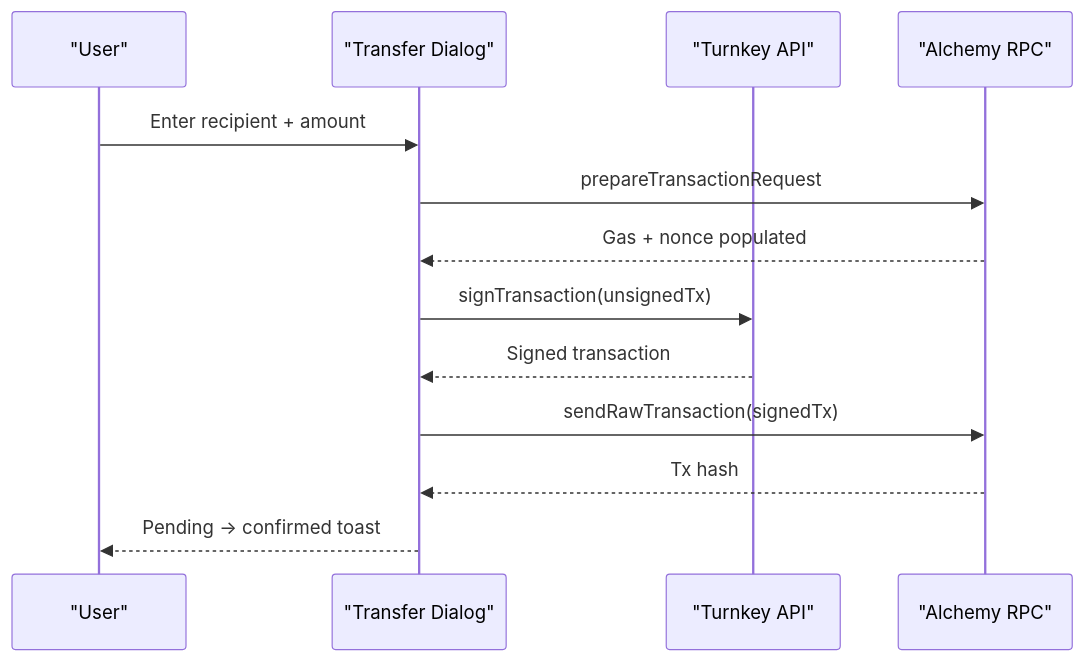
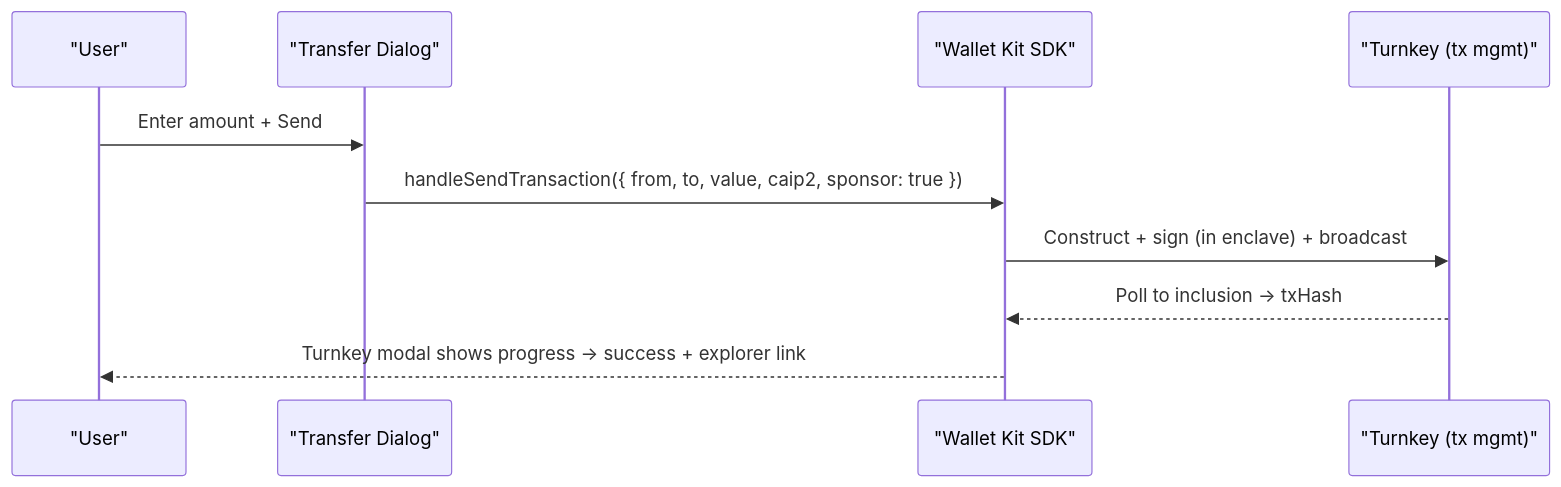
Before and after one commit to tkhq/demo-embedded-wallet: the fourth of 4 diagrams in README.md, drawn with Mermaid. The commit also changed other lines of this file and 83 other files, not shown here.

````diff
--- a/README.md
+++ b/README.md
@@ -296,16 +207,13 @@
 ```mermaid
 sequenceDiagram
   participant U as "User"
   participant UI as "Transfer Dialog"
-  participant TK as "Turnkey API"
-  participant RPC as "Alchemy RPC"
+  participant SDK as "Wallet Kit SDK"
+  participant TK as "Turnkey (tx mgmt)"
 
-  U->>UI: Enter recipient + amount
-  UI->>RPC: prepareTransactionRequest
-  RPC-->>UI: Gas + nonce populated
-  UI->>TK: signTransaction(unsignedTx)
-  TK-->>UI: Signed transaction
-  UI->>RPC: sendRawTransaction(signedTx)
-  RPC-->>UI: Tx hash
-  UI-->>U: Pending → confirmed toast
+  U->>UI: Enter amount + Send
+  UI->>SDK: handleSendTransaction({ from, to, value, caip2, sponsor: true })
+  SDK->>TK: Construct + sign (in enclave) + broadcast
+  TK-->>SDK: Poll to inclusion → txHash
+  SDK-->>U: Turnkey modal shows progress → success + explorer link
 ```
````
